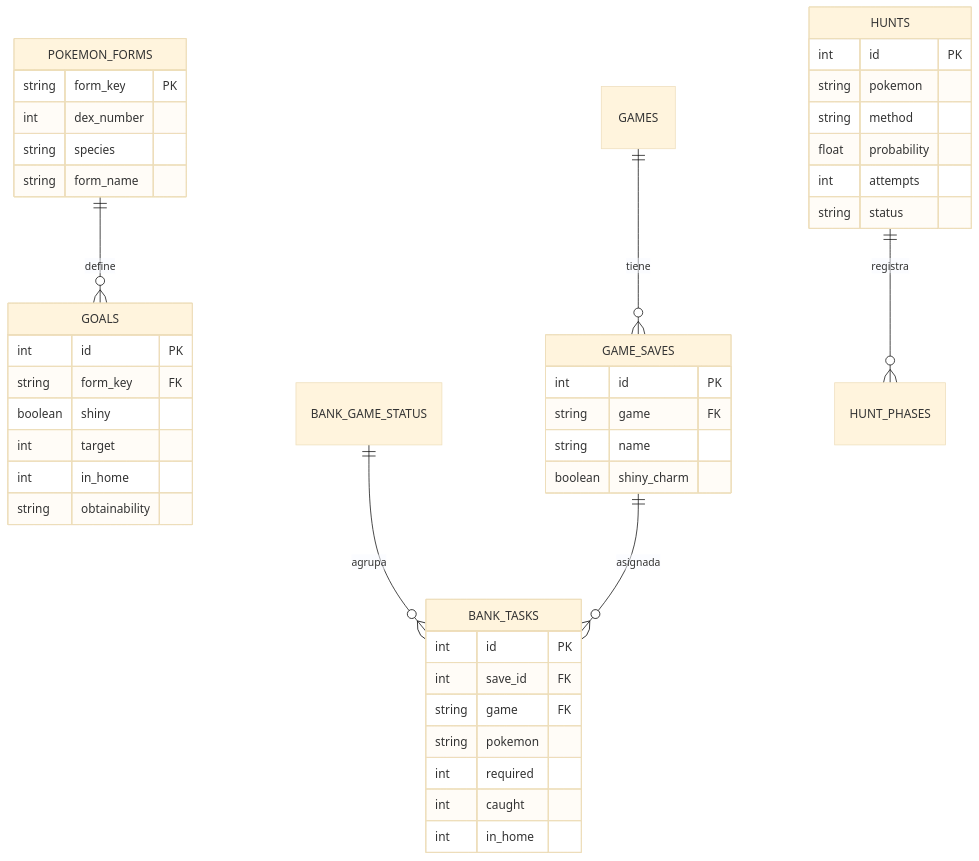
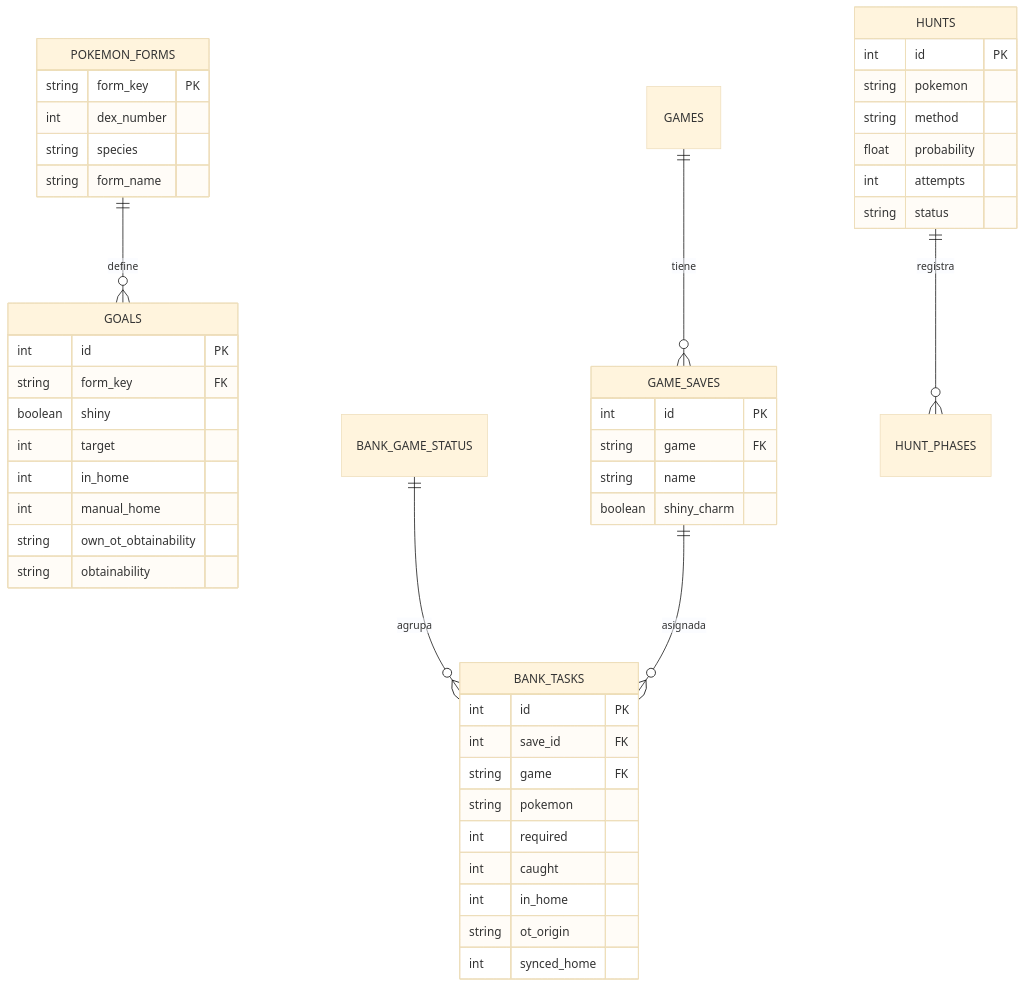
Before and after one commit to Facundo-Maier/OptPoke: the diagram in docs/ARQUITECTURA.md, drawn with Mermaid (base theme). The commit also changed other lines of this file and 12 other files, not shown here.

````diff
--- a/docs/ARQUITECTURA.md
+++ b/docs/ARQUITECTURA.md
@@ -14,45 +14,49 @@
 ```mermaid
 erDiagram
   POKEMON_FORMS ||--o{ GOALS : define
   BANK_GAME_STATUS ||--o{ BANK_TASKS : agrupa
   GAMES ||--o{ GAME_SAVES : tiene
   GAME_SAVES ||--o{ BANK_TASKS : asignada
   HUNTS ||--o{ HUNT_PHASES : registra
   POKEMON_FORMS {
     string form_key PK
     int dex_number
     string species
     string form_name
   }
   GOALS {
     int id PK
     string form_key FK
     boolean shiny
     int target
     int in_home
+    int manual_home
+    string own_ot_obtainability
     string obtainability
   }
   GAME_SAVES {
     int id PK
     string game FK
     string name
     boolean shiny_charm
   }
   BANK_TASKS {
     int id PK
     int save_id FK
     string game FK
     string pokemon
     int required
     int caught
     int in_home
+    string ot_origin
+    int synced_home
   }
   HUNTS {
     int id PK
     string pokemon
     string method
     float probability
     int attempts
     string status
   }
 ```
````
